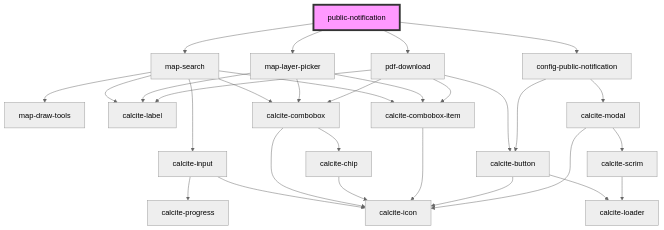
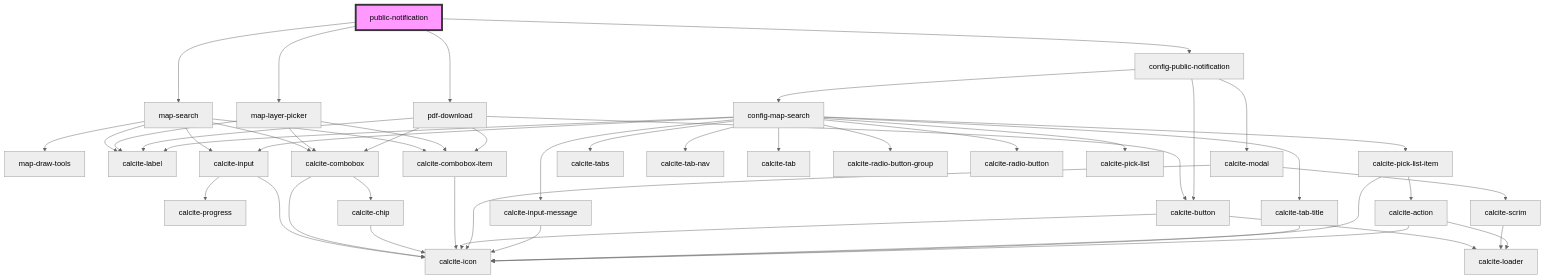
One commit to Esri/solutions-components changed the diagram in src/components/public-notification/readme.md. Above: the diagram before and after it, drawn with Mermaid (neutral theme). The commit also changed 12 other files, not shown here.

Commit message:
add basic map search config

````diff
--- a/src/components/public-notification/readme.md
+++ b/src/components/public-notification/readme.md
@@ -27,33 +27,51 @@
 ```mermaid
 graph TD;
   public-notification --> map-search
   public-notification --> map-layer-picker
   public-notification --> pdf-download
   public-notification --> config-public-notification
   map-search --> map-draw-tools
   map-search --> calcite-label
   map-search --> calcite-input
   map-search --> calcite-combobox
   map-search --> calcite-combobox-item
   calcite-input --> calcite-progress
   calcite-input --> calcite-icon
   calcite-combobox --> calcite-chip
   calcite-combobox --> calcite-icon
   calcite-chip --> calcite-icon
   calcite-combobox-item --> calcite-icon
   map-layer-picker --> calcite-label
   map-layer-picker --> calcite-combobox
   map-layer-picker --> calcite-combobox-item
   pdf-download --> calcite-label
   pdf-download --> calcite-combobox
   pdf-download --> calcite-button
   pdf-download --> calcite-combobox-item
   calcite-button --> calcite-loader
   calcite-button --> calcite-icon
   config-public-notification --> calcite-modal
+  config-public-notification --> config-map-search
   config-public-notification --> calcite-button
   calcite-modal --> calcite-scrim
   calcite-modal --> calcite-icon
   calcite-scrim --> calcite-loader
+  config-map-search --> calcite-input-message
+  config-map-search --> calcite-tabs
+  config-map-search --> calcite-tab-nav
+  config-map-search --> calcite-tab-title
+  config-map-search --> calcite-tab
+  config-map-search --> calcite-radio-button-group
+  config-map-search --> calcite-label
+  config-map-search --> calcite-radio-button
+  config-map-search --> calcite-input
+  config-map-search --> calcite-pick-list
+  config-map-search --> calcite-pick-list-item
+  calcite-input-message --> calcite-icon
+  calcite-tab-title --> calcite-icon
+  calcite-pick-list-item --> calcite-icon
+  calcite-pick-list-item --> calcite-action
+  calcite-action --> calcite-loader
+  calcite-action --> calcite-icon
   style public-notification fill:#f9f,stroke:#333,stroke-width:4px
 ```
````
